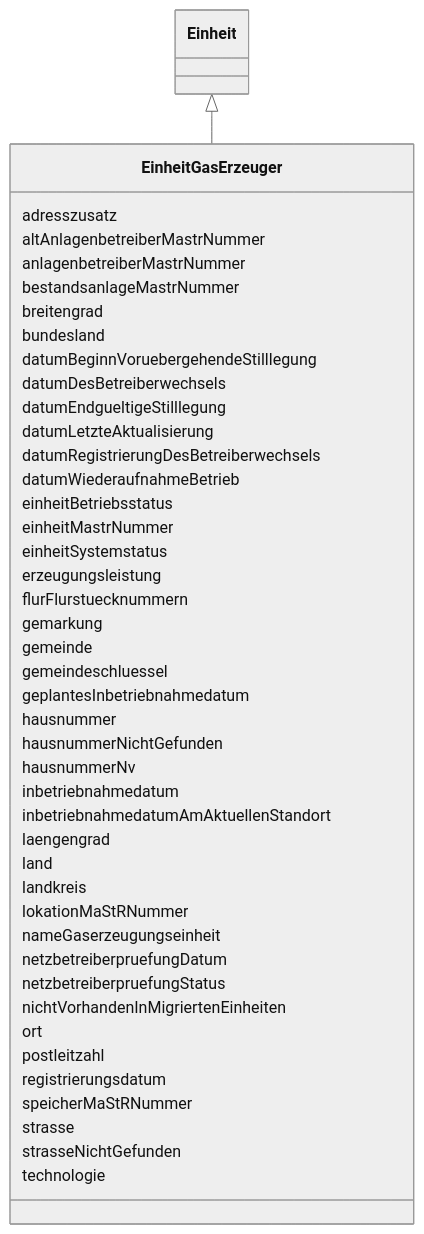
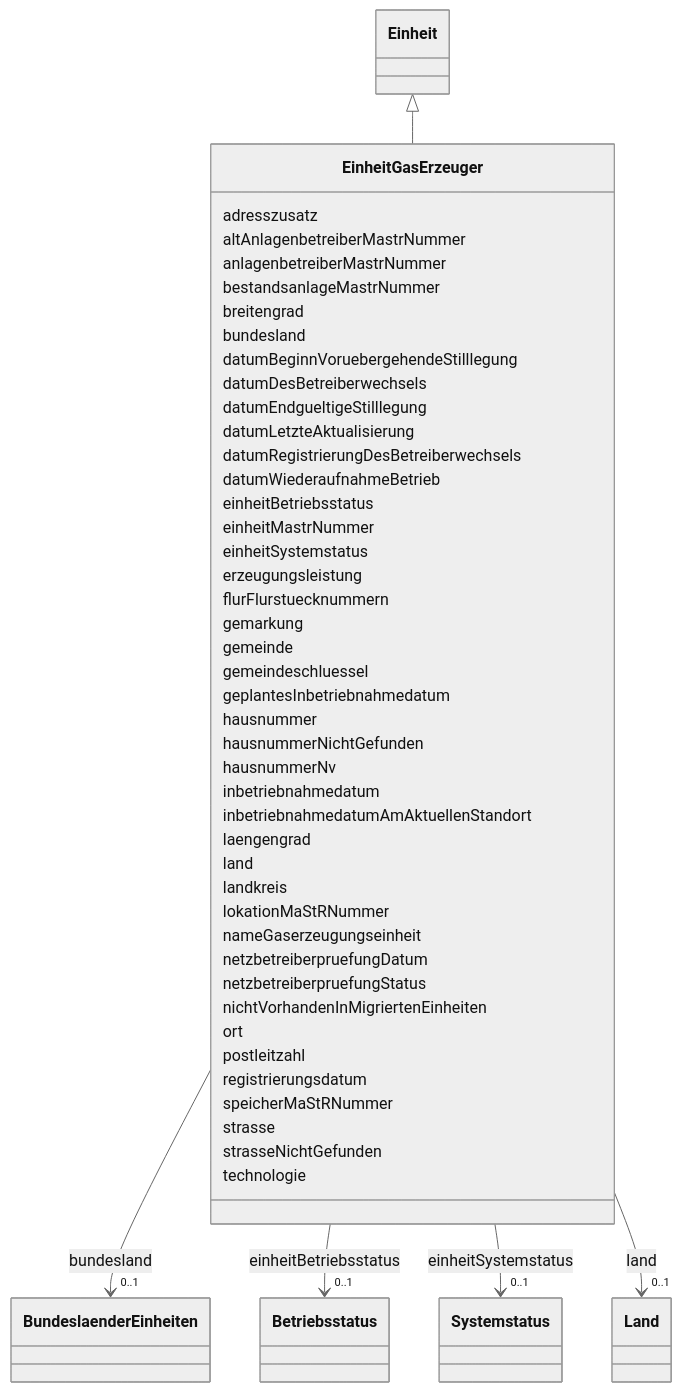
One commit to FlorianK13/mastr-model changed the diagram in docs/schema/classes/EinheitGasErzeuger.md. Above: the diagram before and after it, drawn with Mermaid (neutral theme). The commit also changed other lines of this file and 86 other files, not shown here.

```diff
--- a/docs/schema/classes/EinheitGasErzeuger.md
+++ b/docs/schema/classes/EinheitGasErzeuger.md
@@ -34,6 +34,15 @@
         
       EinheitGasErzeuger : bundesland
         
+          
+    
+        
+        
+        EinheitGasErzeuger --> "0..1" BundeslaenderEinheiten : bundesland
+        click BundeslaenderEinheiten href "../../enums/BundeslaenderEinheiten/"
+    
+
+        
       EinheitGasErzeuger : datumBeginnVoruebergehendeStilllegung
         
       EinheitGasErzeuger : datumDesBetreiberwechsels
@@ -48,9 +57,27 @@
         
       EinheitGasErzeuger : einheitBetriebsstatus
         
+          
+    
+        
+        
+        EinheitGasErzeuger --> "0..1" Betriebsstatus : einheitBetriebsstatus
+        click Betriebsstatus href "../../enums/Betriebsstatus/"
+    
+
+        
       EinheitGasErzeuger : einheitMastrNummer
         
       EinheitGasErzeuger : einheitSystemstatus
+        
+          
+    
+        
+        
+        EinheitGasErzeuger --> "0..1" Systemstatus : einheitSystemstatus
+        click Systemstatus href "../../enums/Systemstatus/"
+    
+
         
       EinheitGasErzeuger : erzeugungsleistung
         
@@ -77,6 +104,15 @@
       EinheitGasErzeuger : laengengrad
         
       EinheitGasErzeuger : land
+        
+          
+    
+        
+        
+        EinheitGasErzeuger --> "0..1" Land : land
+        click Land href "../../enums/Land/"
+    
+
         
       EinheitGasErzeuger : landkreis
         
```
